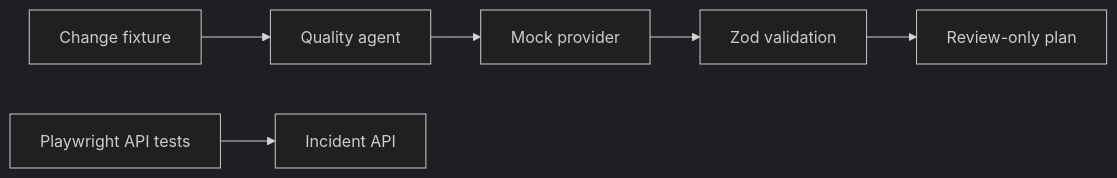
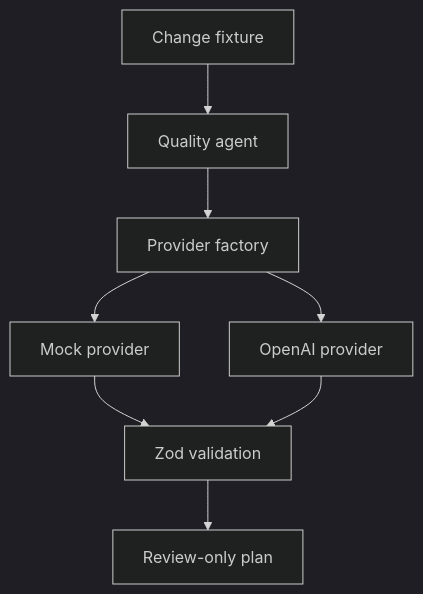
Before and after one commit to garontherocks/ai-first-quality-agent: the diagram in docs/ARCHITECTURE.md, drawn with Mermaid (dark theme). The commit also changed other lines of this file and 18 other files, not shown here.

````diff
--- a/docs/ARCHITECTURE.md
+++ b/docs/ARCHITECTURE.md
@@ -5,8 +5,10 @@
 ```mermaid
-flowchart LR
+flowchart TD
   Change[Change fixture] --> Agent[Quality agent]
-  Agent --> Provider[Mock provider]
-  Provider --> Schema[Zod validation]
+  Agent --> Factory[Provider factory]
+  Factory --> Mock[Mock provider]
+  Factory --> Live[OpenAI provider]
+  Mock --> Schema[Zod validation]
+  Live --> Schema
   Schema --> Plan[Review-only plan]
-  Tests[Playwright API tests] --> API[Incident API]
 ```
````
